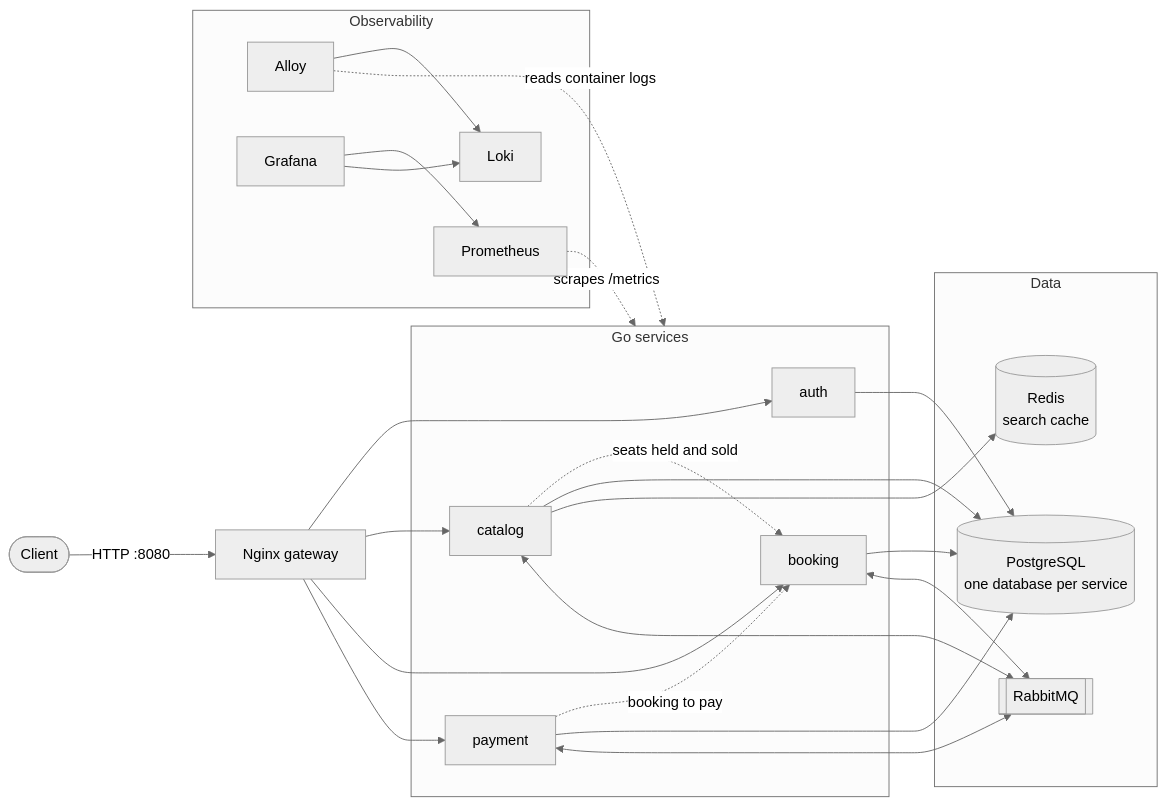
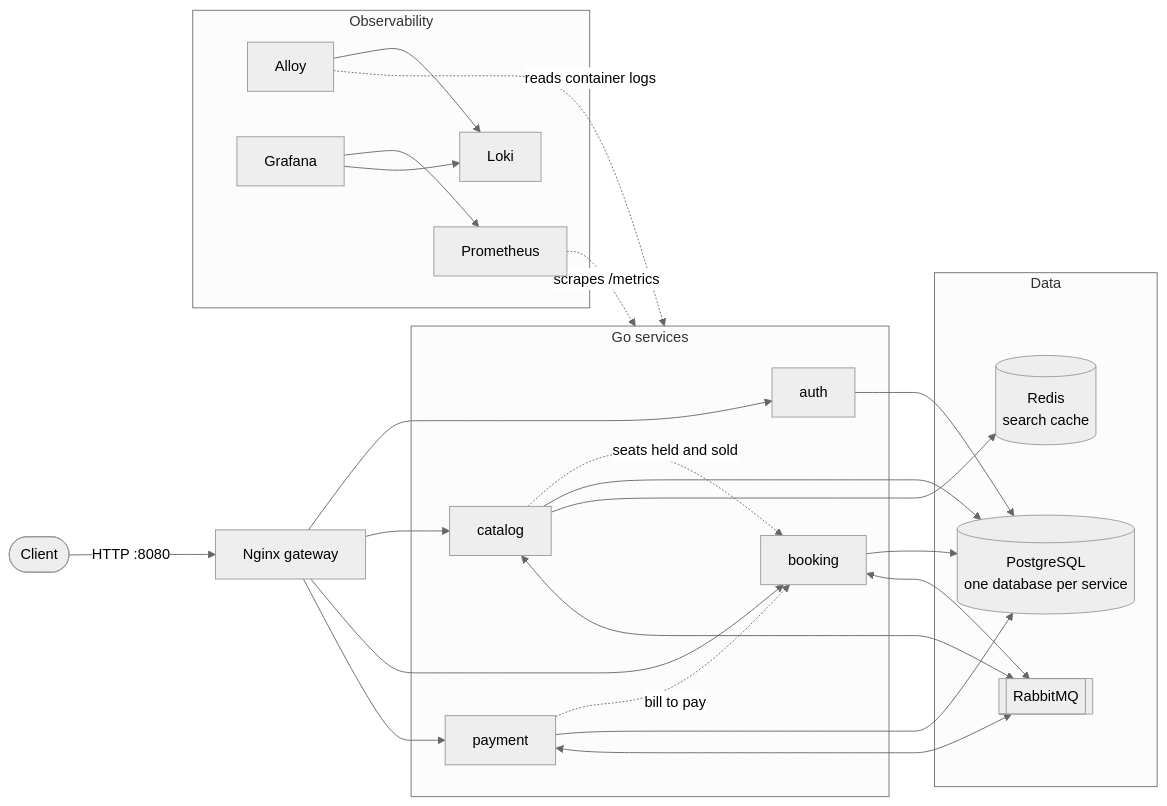
Before and after one commit to r-mcdougall/gotravel: the first of 5 diagrams in docs/architecture.md, drawn with Mermaid (neutral theme). The commit also changed other lines of this file and 1 other file, not shown here.

Commit message:
docs: describe the hotel flow in the README and architecture

````diff
--- a/docs/architecture.md
+++ b/docs/architecture.md
@@ -5,35 +5,35 @@
 ```mermaid
 flowchart LR
     client([Client]) -->|HTTP :8080| gateway[Nginx gateway]
 
     subgraph services[Go services]
         auth[auth]
         catalog[catalog]
         booking[booking]
         payment[payment]
     end
 
     gateway --> auth & catalog & booking & payment
     catalog -. "seats held and sold" .-> booking
-    payment -. "booking to pay" .-> booking
+    payment -. "bill to pay" .-> booking
 
     subgraph data[Data]
         postgres[("PostgreSQL<br/>one database per service")]
         redis[("Redis<br/>search cache")]
         rabbitmq[["RabbitMQ"]]
     end
 
     auth & catalog & booking & payment --> postgres
     catalog --> redis
     catalog & booking & payment <--> rabbitmq
 
     subgraph observability[Observability]
         prometheus[Prometheus]
         alloy[Alloy] --> loki[Loki]
         grafana[Grafana]
     end
 
     prometheus -. "scrapes /metrics" .-> services
     alloy -. "reads container logs" .-> services
     grafana --> prometheus & loki
 ```
````
